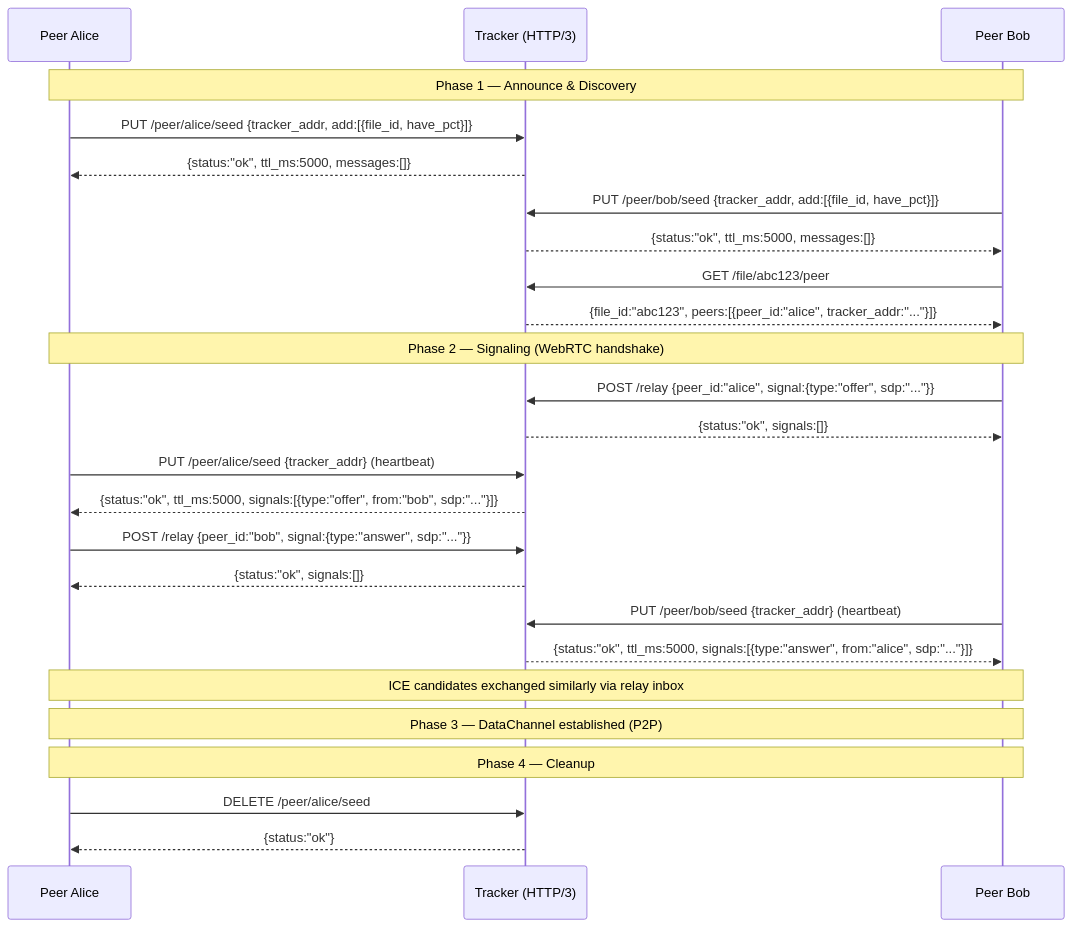
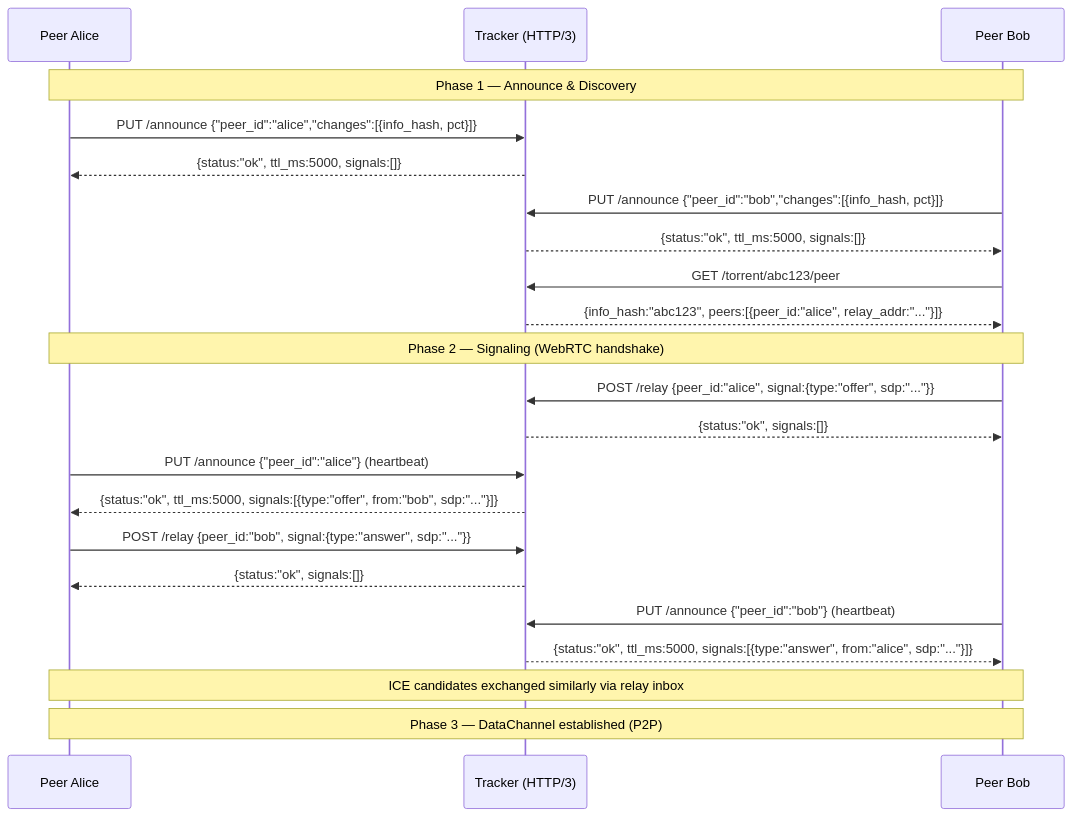
One commit to mivinci/x changed the diagram in openspec/changes/add-libxdl/specs/xdl-protocol/spec.md. Above: the diagram before and after it, drawn with Mermaid. The commit also changed other lines of this file and 5 other files, not shown here.

````diff
--- a/openspec/changes/add-libxdl/specs/xdl-protocol/spec.md
+++ b/openspec/changes/add-libxdl/specs/xdl-protocol/spec.md
@@ -5,40 +5,35 @@
 ```mermaid
 sequenceDiagram
     participant A as Peer Alice
     participant T as Tracker (HTTP/3)
     participant B as Peer Bob
 
     Note over A,B: Phase 1 — Announce & Discovery
 
-    A->>T: PUT /peer/alice/seed {tracker_addr, add:[{file_id, have_pct}]}
-    T-->>A: {status:"ok", ttl_ms:5000, messages:[]}
+    A->>T: PUT /announce {"peer_id":"alice","changes":[{info_hash, pct}]}
+    T-->>A: {status:"ok", ttl_ms:5000, signals:[]}
 
-    B->>T: PUT /peer/bob/seed {tracker_addr, add:[{file_id, have_pct}]}
-    T-->>B: {status:"ok", ttl_ms:5000, messages:[]}
+    B->>T: PUT /announce {"peer_id":"bob","changes":[{info_hash, pct}]}
+    T-->>B: {status:"ok", ttl_ms:5000, signals:[]}
 
-    B->>T: GET /file/abc123/peer
-    T-->>B: {file_id:"abc123", peers:[{peer_id:"alice", tracker_addr:"..."}]}
+    B->>T: GET /torrent/abc123/peer
+    T-->>B: {info_hash:"abc123", peers:[{peer_id:"alice", relay_addr:"..."}]}
 
     Note over A,B: Phase 2 — Signaling (WebRTC handshake)
 
     B->>T: POST /relay {peer_id:"alice", signal:{type:"offer", sdp:"..."}}
     T-->>B: {status:"ok", signals:[]}
 
-    A->>T: PUT /peer/alice/seed {tracker_addr} (heartbeat)
+    A->>T: PUT /announce {"peer_id":"alice"} (heartbeat)
     T-->>A: {status:"ok", ttl_ms:5000, signals:[{type:"offer", from:"bob", sdp:"..."}]}
 
     A->>T: POST /relay {peer_id:"bob", signal:{type:"answer", sdp:"..."}}
     T-->>A: {status:"ok", signals:[]}
 
-    B->>T: PUT /peer/bob/seed {tracker_addr} (heartbeat)
+    B->>T: PUT /announce {"peer_id":"bob"} (heartbeat)
     T-->>B: {status:"ok", ttl_ms:5000, signals:[{type:"answer", from:"alice", sdp:"..."}]}
 
     Note over A,B: ICE candidates exchanged similarly via relay inbox
 
     Note over A,B: Phase 3 — DataChannel established (P2P)
-
-    Note over A,B: Phase 4 — Cleanup
-
-    A->>T: DELETE /peer/alice/seed
-    T-->>A: {status:"ok"}
 ```
````
